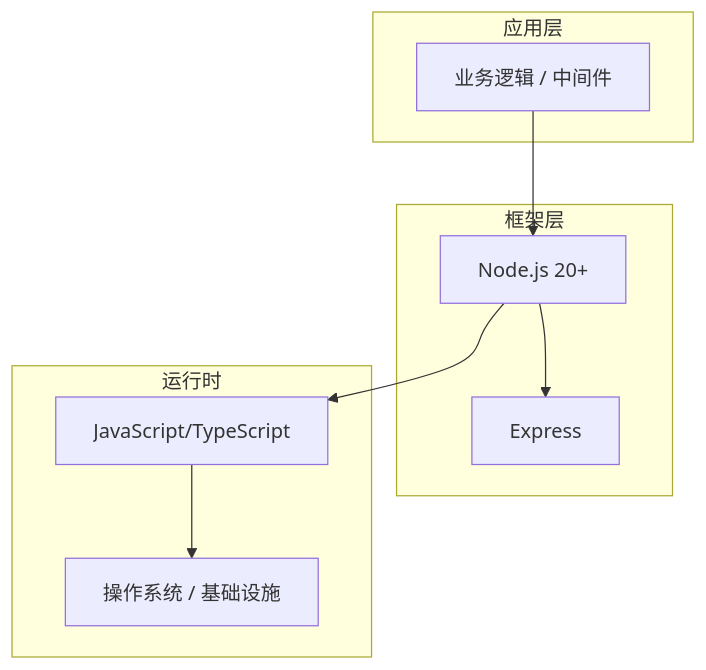
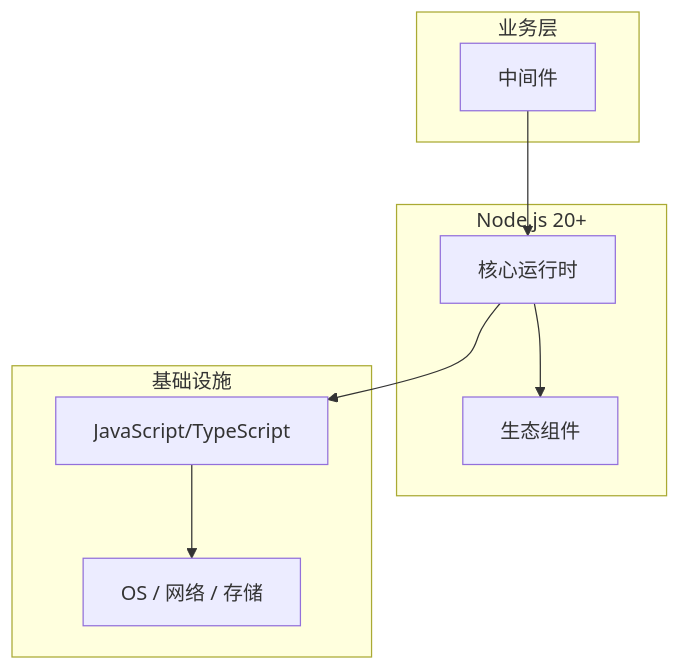
The diagram in articles/Node.js/chapters/065-中间件核心概念与原理.md (yanggan2015/knowledge-json-v2), drawn with Mermaid before and after one commit. The commit also changed other lines of this file and 10127 other files, not shown here.

````diff
--- a/articles/Node.js/chapters/065-中间件核心概念与原理.md
+++ b/articles/Node.js/chapters/065-中间件核心概念与原理.md
@@ -45,18 +34,18 @@
 ```mermaid
 graph TB
-    subgraph 应用层
-        A[业务逻辑 / 中间件]
+    subgraph 业务层
+        A[中间件]
     end
-    subgraph 框架层
-        B[Node.js 20+]
-        C[Express]
+    subgraph Node.js 20+
+        B[核心运行时]
+        C[生态组件]
     end
-    subgraph 运行时
+    subgraph 基础设施
         D[JavaScript/TypeScript]
-        E[操作系统 / 基础设施]
+        E[OS / 网络 / 存储]
     end
     A --> B
     B --> C
     B --> D
     D --> E
 ```
````
